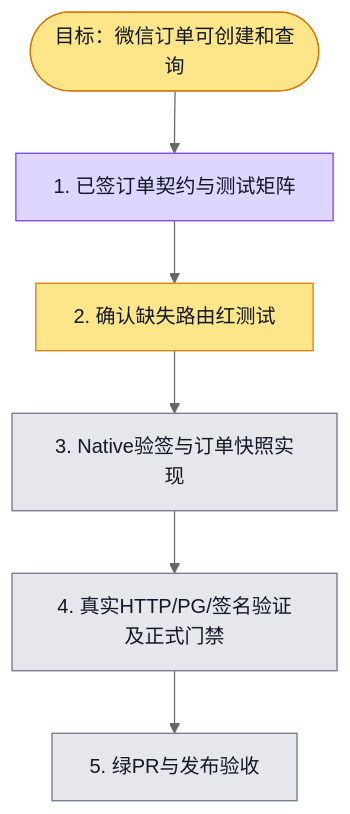
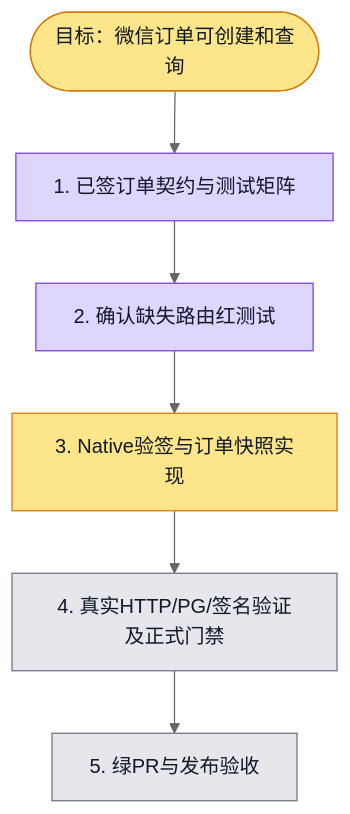
One commit to boardx/workspacex changed the diagram in phases/phase-21-billing-payment/sprints/sprint-04/plans/F04.plan.md. Above: the diagram before and after it, drawn with Mermaid (neutral theme). The commit also changed 7 other files, not shown here.

````diff
--- a/phases/phase-21-billing-payment/sprints/sprint-04/plans/F04.plan.md
+++ b/phases/phase-21-billing-payment/sprints/sprint-04/plans/F04.plan.md
@@ -17,25 +17,27 @@
 ```mermaid
 flowchart TD
   G([目标：微信订单可创建和查询])
   S1[1. 已签订单契约与测试矩阵]
   S2[2. 确认缺失路由红测试]
   S3[3. Native验签与订单快照实现]
   S4[4. 真实HTTP/PG/签名验证及正式门禁]
   S5[5. 绿PR与发布验收]
 
   G --> S1 --> S2 --> S3 --> S4 --> S5
 
   classDef todo fill:#e5e7eb,stroke:#6b7280,color:#111827
   classDef doing fill:#fde68a,stroke:#d97706,color:#111827
   classDef done fill:#bbf7d0,stroke:#16a34a,color:#111827
   classDef tested fill:#ddd6fe,stroke:#7c3aed,color:#111827
   classDef blocked fill:#fecaca,stroke:#dc2626,color:#111827
 
   class G doing
   class S1 tested
   %% evidence S1: 已签billing-credits束及既定verification；#5751记录下单缺口
-  class S2 doing
-  class S3 todo
+  %% evidence S2: evidence/F04.red.log 17 behavioral failures on missing routes, fixture startup successful
+  class S2 tested
+  %% evidence S2: 17 behavioral assertions failed with absent routes, fixture ready: /tmp/wsx-F04-red.log
+  class S3 doing
   class S4 todo
   class S5 todo
 ```
````
